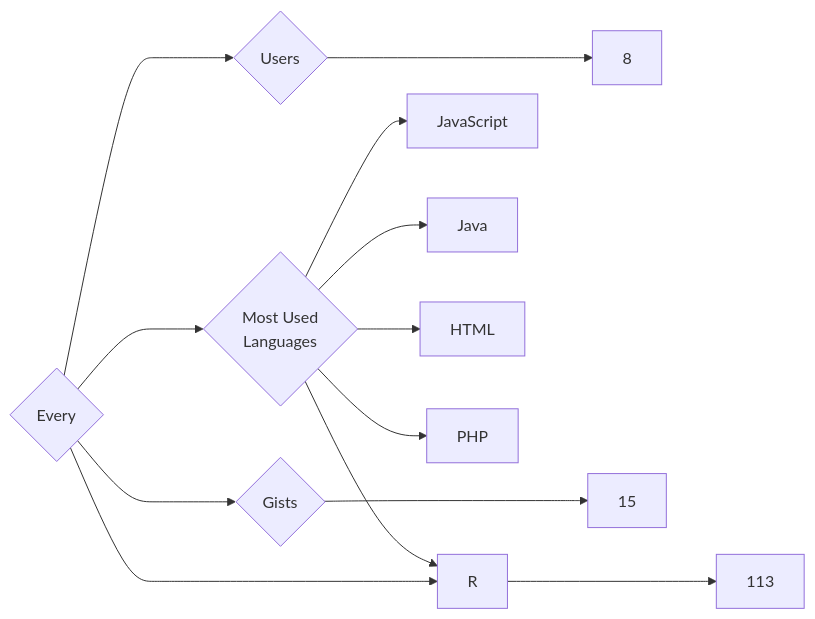
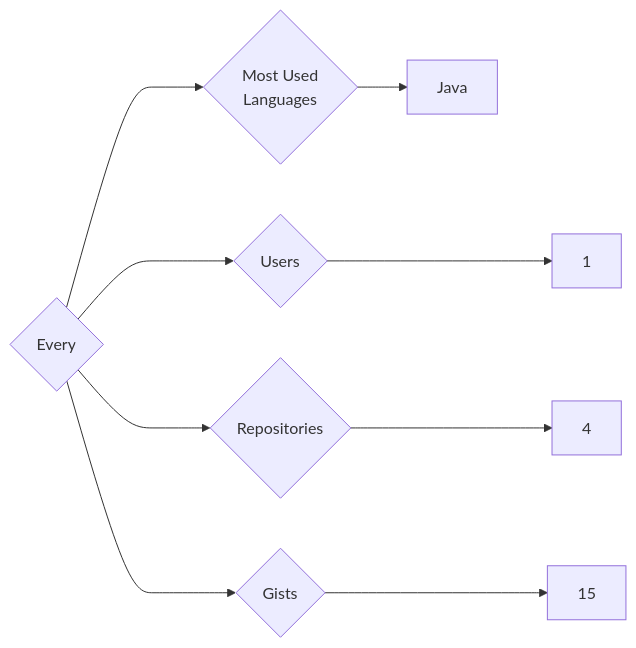
Before and after one commit to trickest/insiders: the diagram in targets/Every/README.md, drawn with Mermaid. The commit also changed 682 other files, not shown here.

````diff
--- a/targets/Every/README.md
+++ b/targets/Every/README.md
@@ -3,13 +3,9 @@
 ```mermaid
 graph LR
 COMPANY_NAME{Every}
-COMPANY_NAME ---> U{Users} ---> UN[8]
-COMPANY_NAME ---> R{Repositories} ---> RN[113]
+COMPANY_NAME ---> U{Users} ---> UN[1]
+COMPANY_NAME ---> R{Repositories} ---> RN[4]
 COMPANY_NAME ---> G{Gists} ---> GN[15]
 COMPANY_NAME ---> ML{Most Used<br>Languages}
-ML --> JavaScript[JavaScript]
 ML --> Java[Java]
-ML --> HTML[HTML]
-ML --> PHP[PHP]
-ML --> R[R]
 ```
````
